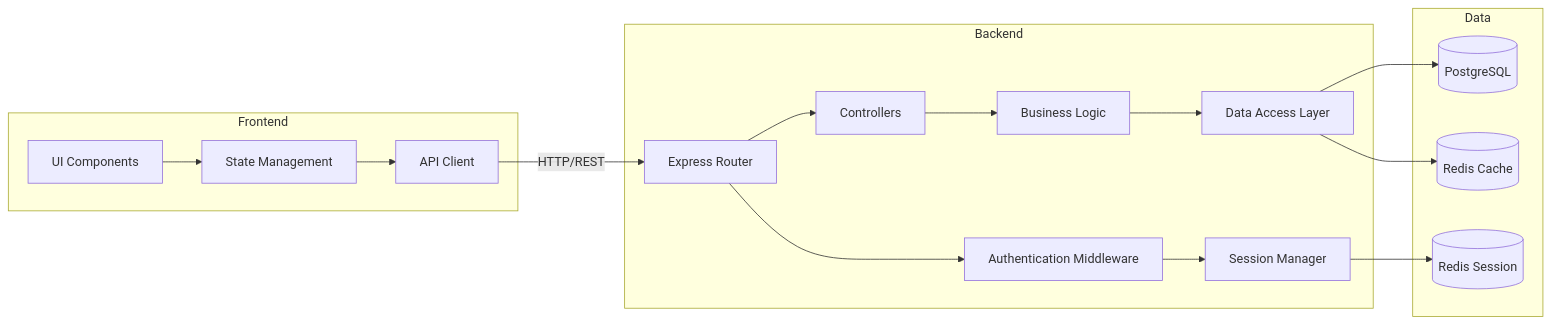
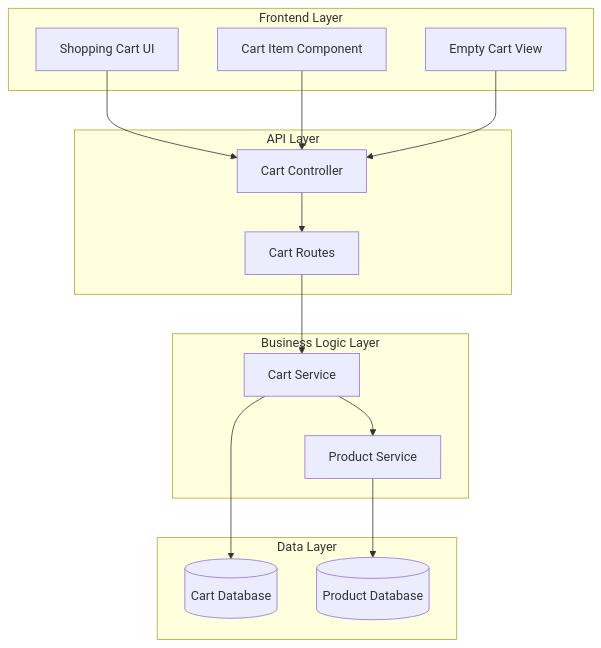
One commit to NavneetBN47/aava-ecom-demo changed the first of 9 diagrams in docs/LLD/lld.md. Above: the diagram before and after it, drawn with Mermaid. The commit also changed other lines of this file, not shown here.

````diff
--- a/docs/LLD/lld.md
+++ b/docs/LLD/lld.md
@@ -73,35 +29,32 @@
 ```mermaid
-graph LR
-    subgraph Frontend
-        UI[UI Components]
-        State[State Management]
-        API_Client[API Client]
+graph TB
+    subgraph "Frontend Layer"
+        A[Shopping Cart UI]
+        B[Cart Item Component]
+        C[Empty Cart View]
     end
     
-    subgraph Backend
-        Router[Express Router]
-        Controller[Controllers]
-        Service[Business Logic]
-        Repository[Data Access Layer]
-        Auth[Authentication Middleware]
-        SessionMgr[Session Manager]
+    subgraph "API Layer"
+        D[Cart Controller]
+        E[Cart Routes]
     end
     
-    subgraph Data
-        DB[(PostgreSQL)]
-        Cache[(Redis Cache)]
-        SessionStore[(Redis Session)]
+    subgraph "Business Logic Layer"
+        F[Cart Service]
+        G[Product Service]
     end
     
-    UI --> State
-    State --> API_Client
-    API_Client -->|HTTP/REST| Router
-    Router --> Auth
-    Auth --> SessionMgr
-    SessionMgr --> SessionStore
-    Router --> Controller
-    Controller --> Service
-    Service --> Repository
-    Repository --> DB
-    Repository --> Cache
+    subgraph "Data Layer"
+        H[(Cart Database)]
+        I[(Product Database)]
+    end
+    
+    A --> D
+    B --> D
+    C --> D
+    D --> E
+    E --> F
+    F --> G
+    F --> H
+    G --> I
 ```
````
